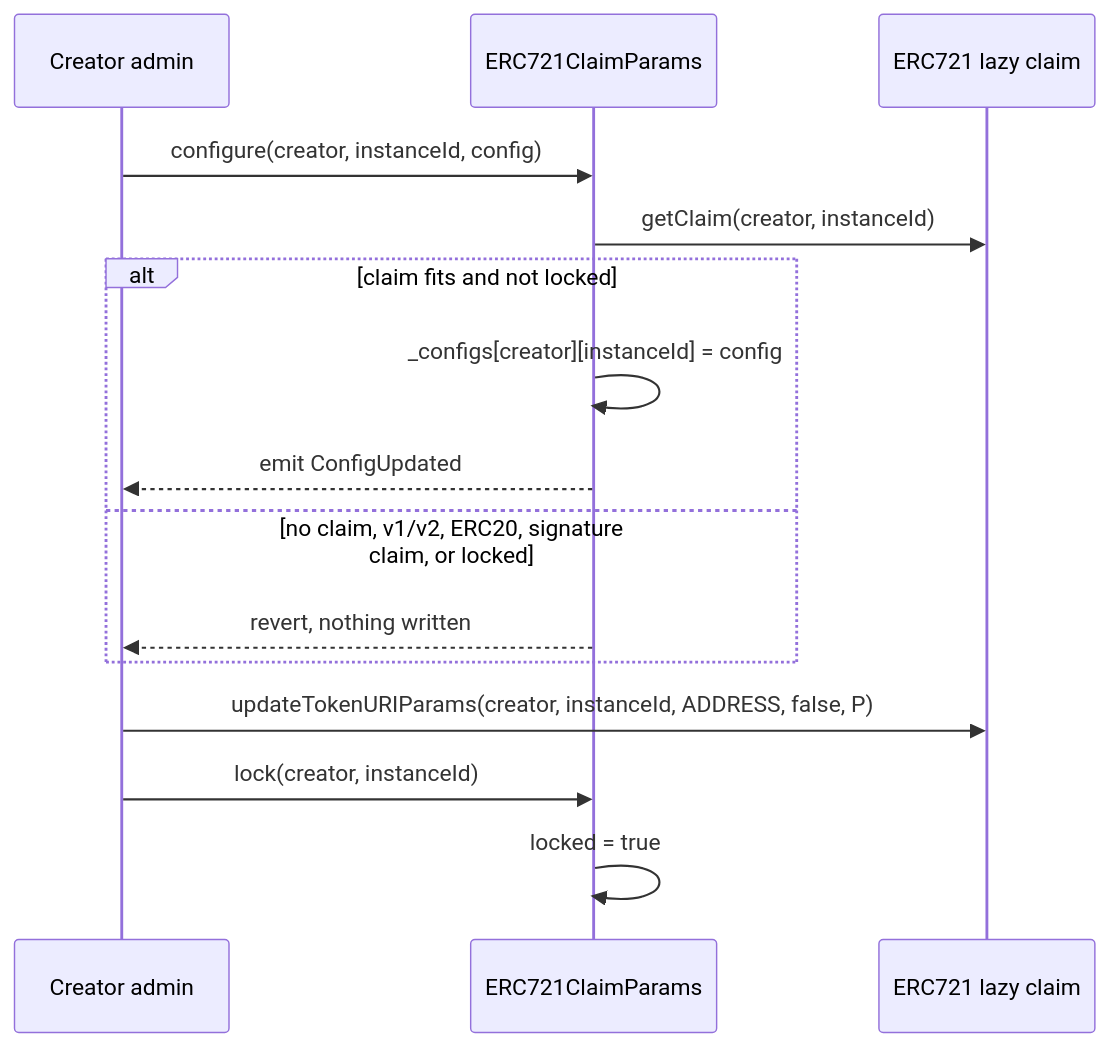
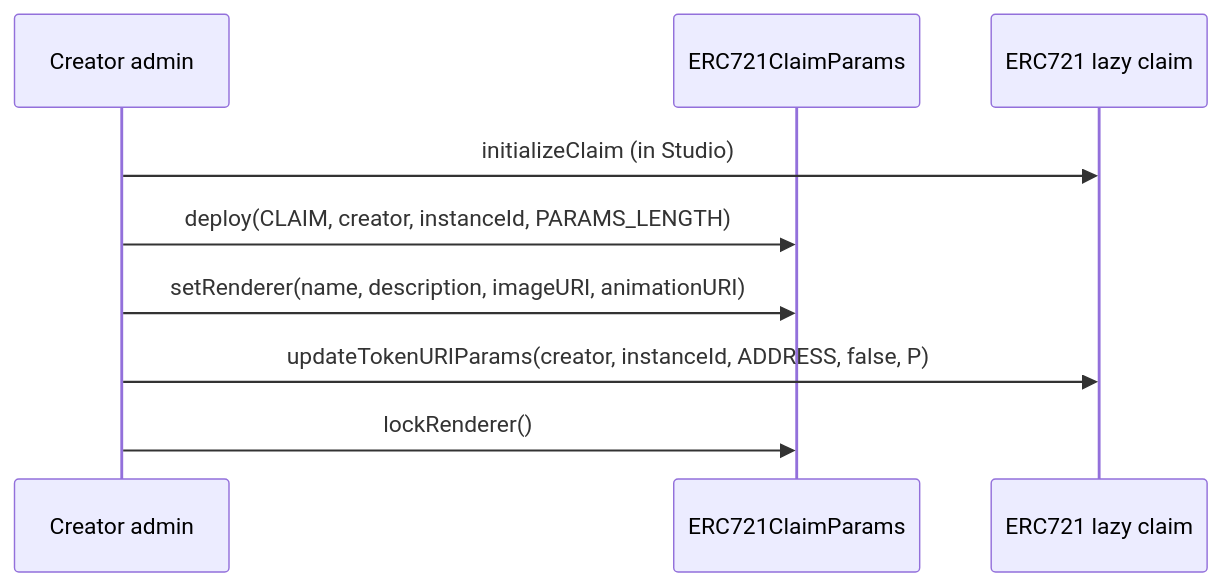
One commit to manifoldxyz/creator-core-extensions-solidity changed the first of 4 diagrams in packages/claimparams/SPEC.md. Above: the diagram before and after it, drawn with Mermaid. The commit also changed other lines of this file, not shown here.

First line of the commit message:
claimparams: spec rev 2, one claim per deploy

````diff
--- a/packages/claimparams/SPEC.md
+++ b/packages/claimparams/SPEC.md
@@ -57,17 +60,11 @@
 ```mermaid
 sequenceDiagram
   participant A as Creator admin
   participant P as ERC721ClaimParams
   participant C as ERC721 lazy claim
-  A->>P: configure(creator, instanceId, config)
-  P->>C: getClaim(creator, instanceId)
-  alt claim fits and not locked
-    P->>P: _configs[creator][instanceId] = config
-    P-->>A: emit ConfigUpdated
-  else no claim, v1/v2, ERC20, signature claim, or locked
-    P-->>A: revert, nothing written
-  end
+  A->>C: initializeClaim (in Studio)
+  A->>P: deploy(CLAIM, creator, instanceId, PARAMS_LENGTH)
+  A->>P: setRenderer(name, description, imageURI, animationURI)
   A->>C: updateTokenURIParams(creator, instanceId, ADDRESS, false, P)
-  A->>P: lock(creator, instanceId)
-  P->>P: locked = true
+  A->>P: lockRenderer()
 ```
````
